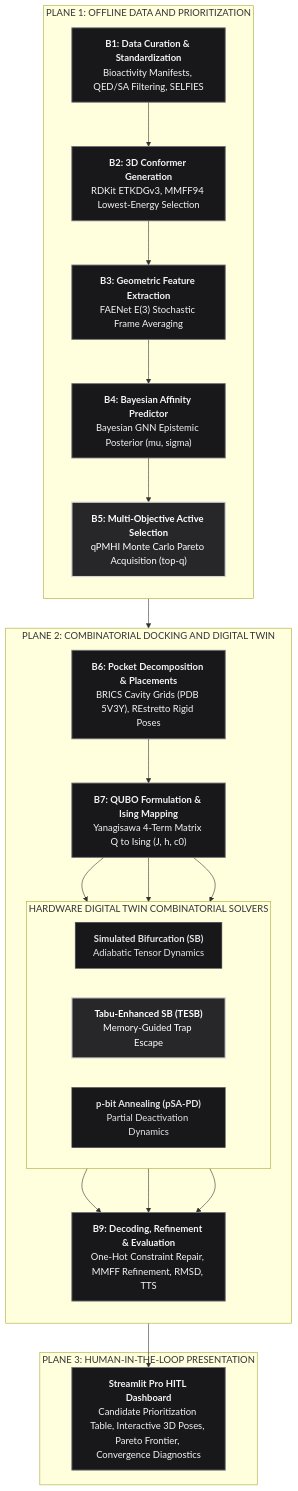
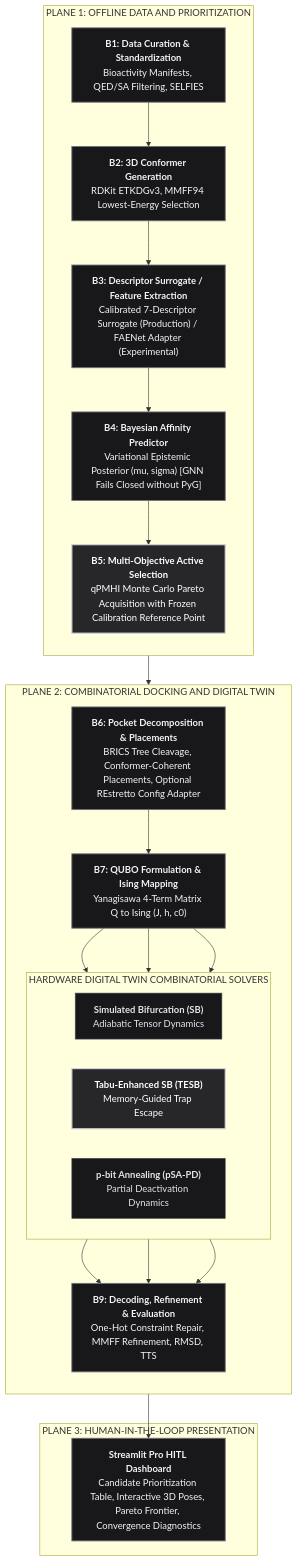
The first of 2 diagrams in README.md (Camn0/xtubit), drawn with Mermaid before and after one commit. The commit also changed other lines of this file and 10 other files, not shown here.

````diff
--- a/README.md
+++ b/README.md
@@ -86,49 +86,49 @@
 ```mermaid
 flowchart TD
     classDef paperNode fill:#18181b,stroke:#71717a,stroke-width:1.5px,color:#f4f4f5;
     classDef paperKey fill:#27272a,stroke:#d4d4d8,stroke-width:2px,color:#ffffff;
     classDef paperSub fill:#18181b,stroke:#52525b,stroke-width:1px,color:#e4e4e7;
 
     subgraph Plane1["PLANE 1: OFFLINE DATA AND PRIORITIZATION"]
         direction TB
         B1["<b>B1: Data Curation & Standardization</b><br/>Bioactivity Manifests, QED/SA Filtering, SELFIES"]:::paperNode
         B2["<b>B2: 3D Conformer Generation</b><br/>RDKit ETKDGv3, MMFF94 Lowest-Energy Selection"]:::paperNode
-        B3["<b>B3: Geometric Feature Extraction</b><br/>FAENet E(3) Stochastic Frame Averaging"]:::paperNode
-        B4["<b>B4: Bayesian Affinity Predictor</b><br/>Bayesian GNN Epistemic Posterior (mu, sigma)"]:::paperNode
-        B5["<b>B5: Multi-Objective Active Selection</b><br/>qPMHI Monte Carlo Pareto Acquisition (top-q)"]:::paperKey
+        B3["<b>B3: Descriptor Surrogate / Feature Extraction</b><br/>Calibrated 7-Descriptor Surrogate (Production) / FAENet Adapter (Experimental)"]:::paperNode
+        B4["<b>B4: Bayesian Affinity Predictor</b><br/>Variational Epistemic Posterior (mu, sigma) [GNN Fails Closed without PyG]"]:::paperNode
+        B5["<b>B5: Multi-Objective Active Selection</b><br/>qPMHI Monte Carlo Pareto Acquisition with Frozen Calibration Reference Point"]:::paperKey
 
         B1 --> B2
         B2 --> B3
         B3 --> B4
         B4 --> B5
     end
 
     subgraph Plane2["PLANE 2: COMBINATORIAL DOCKING AND DIGITAL TWIN"]
         direction TB
-        B6["<b>B6: Pocket Decomposition & Placements</b><br/>BRICS Cavity Grids (PDB 5V3Y), REstretto Rigid Poses"]:::paperNode
+        B6["<b>B6: Pocket Decomposition & Placements</b><br/>BRICS Tree Cleavage, Conformer-Coherent Placements, Optional REstretto Config Adapter"]:::paperNode
         B7["<b>B7: QUBO Formulation & Ising Mapping</b><br/>Yanagisawa 4-Term Matrix Q to Ising (J, h, c0)"]:::paperNode
 
         subgraph Solvers["HARDWARE DIGITAL TWIN COMBINATORIAL SOLVERS"]
             direction LR
             B8_SB["<b>Simulated Bifurcation (SB)</b><br/>Adiabatic Tensor Dynamics"]:::paperSub
             B8_TESB["<b>Tabu-Enhanced SB (TESB)</b><br/>Memory-Guided Trap Escape"]:::paperKey
             B8_PSA["<b>p-bit Annealing (pSA-PD)</b><br/>Partial Deactivation Dynamics"]:::paperSub
         end
 
         B9["<b>B9: Decoding, Refinement & Evaluation</b><br/>One-Hot Constraint Repair, MMFF Refinement, RMSD, TTS"]:::paperNode
 
         B5 --> B6
         B6 --> B7
         B7 --> B8_SB
         B7 --> B8_TESB
         B7 --> B8_PSA
         B8_SB --> B9
         B8_TESB --> B9
         B8_PSA --> B9
     end
 
     subgraph Plane3["PLANE 3: HUMAN-IN-THE-LOOP PRESENTATION"]
         DASH["<b>Streamlit Pro HITL Dashboard</b><br/>Candidate Prioritization Table, Interactive 3D Poses, Pareto Frontier, Convergence Diagnostics"]:::paperNode
         B9 --> DASH
     end
 ```
````
